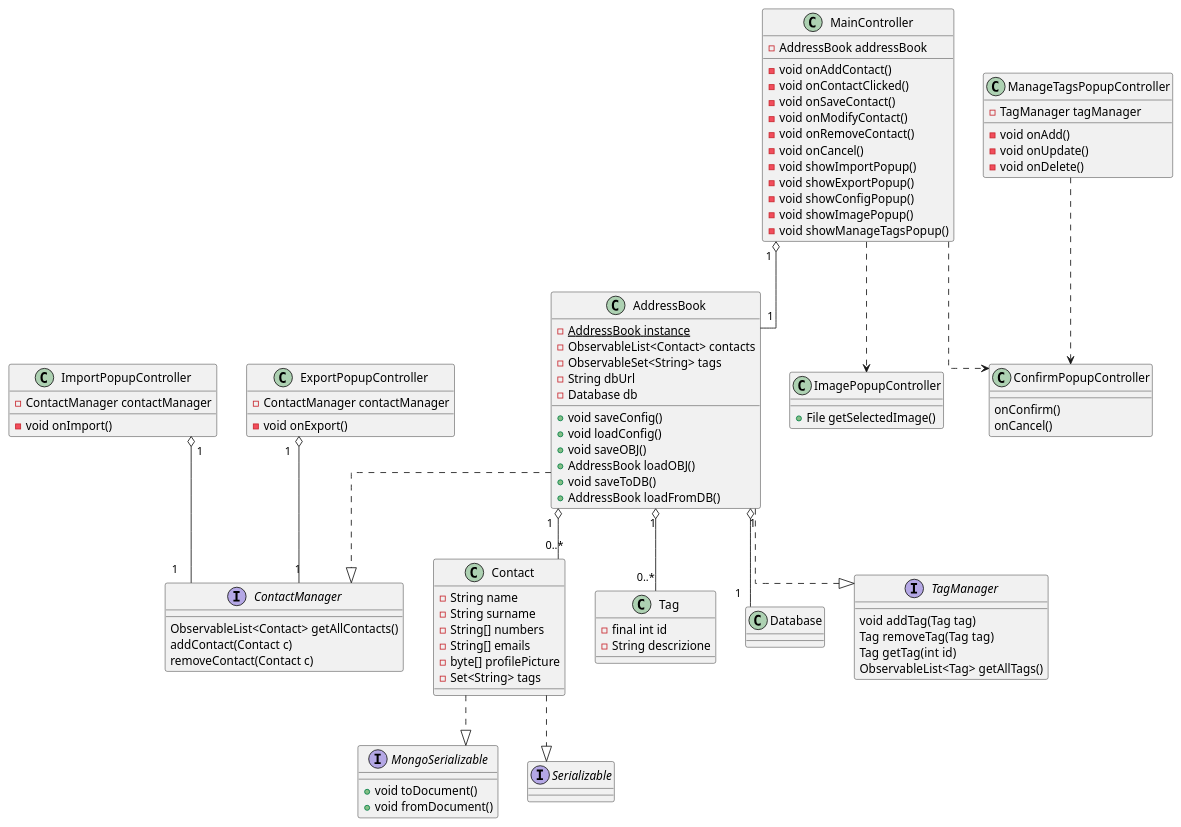
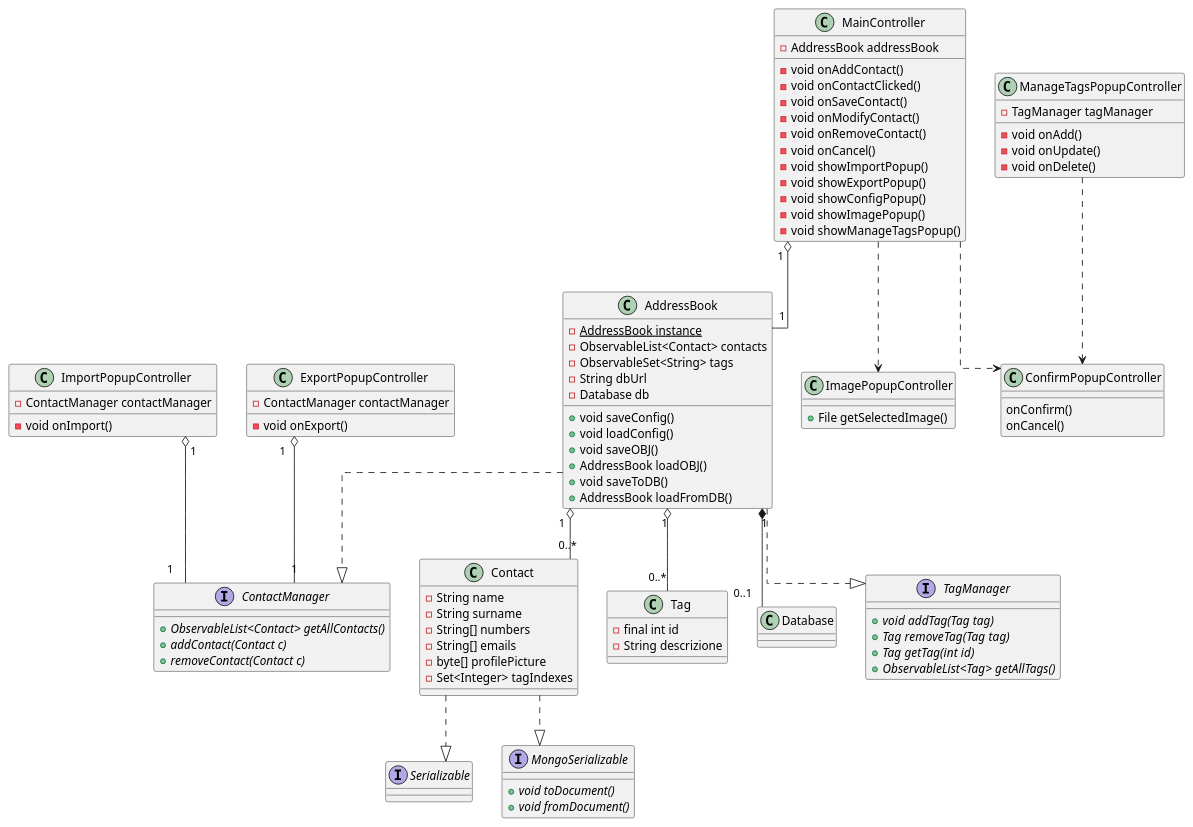
The diagram in documenti/diagrammaClassiEssenziale.puml (savaava/ProgettoRubrica), drawn with PlantUML before and after one commit. The commit also changed 4 other files, not shown here.

Commit message:
refactor dei diagrammi

```diff
--- a/documenti/diagrammaClassiEssenziale.puml
+++ b/documenti/diagrammaClassiEssenziale.puml
@@ -1,118 +1,123 @@
 @startuml DiagrammaDelleClassiEssenziale
 skinparam linetype ortho
 'left to right direction
 
 
 '****************** CLASSI ******************
 class Contact {
     - String name 
     - String surname 
     - String[] numbers
     - String[] emails
     - byte[] profilePicture
-    - Set<String> tags   
+    - Set<Integer> tagIndexes  
 }
 
 class AddressBook {
     - {static} AddressBook instance
     - ObservableList<Contact> contacts
     - ObservableSet<String> tags
     - String dbUrl
     - Database db
 
     + void saveConfig()
     + void loadConfig()
     + void saveOBJ()
     + AddressBook loadOBJ()
     + void saveToDB()
     + AddressBook loadFromDB()    
 }
 
 class MainController {
     - AddressBook addressBook
 
     - void onAddContact()
     - void onContactClicked()
     - void onSaveContact()
     - void onModifyContact()
     - void onRemoveContact()
     - void onCancel()
     - void showImportPopup()
     - void showExportPopup()
     - void showConfigPopup()
     - void showImagePopup()
     - void showManageTagsPopup()
 }
 
 class ImportPopupController {
     - ContactManager contactManager
     - void onImport()
 }
 
 class ExportPopupController {
     - ContactManager contactManager
     - void onExport()
 }
 
 class ManageTagsPopupController {
     - TagManager tagManager
     - void onAdd()
     - void onUpdate()
     - void onDelete()
 }
 
 class ImagePopupController {
     + File getSelectedImage()
 }
 
 class ConfirmPopupController {
     onConfirm()
     onCancel()
 }
 
 class Tag {
     - final int id
     - String descrizione
 }
 
 class Database {
 
 } 
 
 '****************** INTERFACCE ******************
+interface Serializable
+
 interface MongoSerializable {
-    +void toDocument() 
-    +void fromDocument()
+    +{abstract} void toDocument() 
+    +{abstract} void fromDocument()
 }
 
-interface Serializable
-
 interface TagManager {
-    void addTag(Tag tag)
-    Tag removeTag(Tag tag)
-    Tag getTag(int id)
-    ObservableList<Tag> getAllTags()
+    +{abstract} void addTag(Tag tag)
+    +{abstract} Tag removeTag(Tag tag)
+    +{abstract} Tag getTag(int id)
+    +{abstract} ObservableList<Tag> getAllTags()
 }
 
 interface ContactManager {
-    ObservableList<Contact> getAllContacts()
-    addContact(Contact c)
-    removeContact(Contact c)
+    +{abstract} ObservableList<Contact> getAllContacts()
+    +{abstract} addContact(Contact c)
+    +{abstract} removeContact(Contact c)
 }
 
 '****************** RELAZIONI ******************
 Contact ..|> MongoSerializable
 Contact ..|> Serializable
+
 AddressBook "1" o-- "0..*" Contact
+AddressBook "1" *-- "0..1" Database
+AddressBook "1" o-- "0..*" Tag
+AddressBook ..|> TagManager
+AddressBook ..|> ContactManager
+
 MainController "1" o-- "1" AddressBook
 MainController ..> ImagePopupController
 MainController ..> ConfirmPopupController
+
 ManageTagsPopupController ..> ConfirmPopupController
-AddressBook ..|> TagManager
-AddressBook ..|> ContactManager
+
 ExportPopupController "1" o-- "1" ContactManager
+
 ImportPopupController "1" o-- "1" ContactManager
-AddressBook "1" o-- "0..*" Tag
-AddressBook "1" o-- "1" Database
 
 @enduml
```
